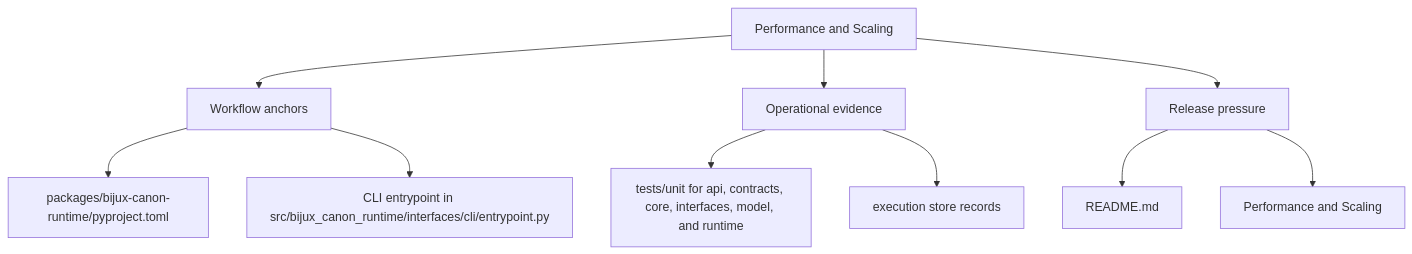
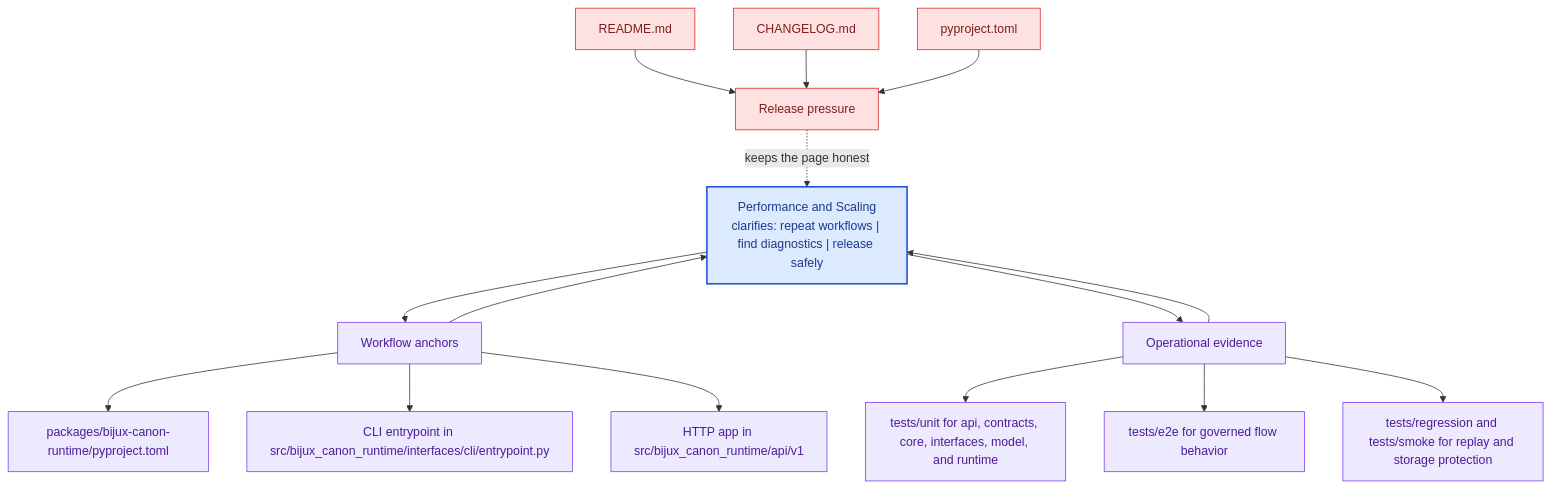
Before and after one commit to bijux/bijux-canon: the second of 2 diagrams in docs/bijux-canon-runtime/operations/performance-and-scaling.md, drawn with Mermaid. The commit also changed other lines of this file and 281 other files, not shown here.

Commit message:
docs(diagrams): deepen handbook mermaid maps across the catalog

````diff
--- a/docs/bijux-canon-runtime/operations/performance-and-scaling.md
+++ b/docs/bijux-canon-runtime/operations/performance-and-scaling.md
@@ -34,22 +67,41 @@
 ```mermaid
-flowchart TD
-    page["Performance and Scaling"]
+flowchart TB
+    promise["Performance and Scaling<br/>clarifies: repeat workflows | find diagnostics | release safely"]
+    classDef promise fill:#dbeafe,stroke:#1d4ed8,color:#1e3a8a,stroke-width:2px;
+    classDef driver fill:#dcfce7,stroke:#16a34a,color:#14532d;
+    classDef constraint fill:#fee2e2,stroke:#dc2626,color:#7f1d1d;
+    classDef ground fill:#ede9fe,stroke:#7c3aed,color:#4c1d95;
     focus1["Workflow anchors"]
-    page --> focus1
+    focus1 --> promise
+    promise --> focus1
     focus1_1["packages/bijux-canon-runtime/pyproject.toml"]
     focus1 --> focus1_1
     focus1_2["CLI entrypoint in src/bijux_canon_runtime/interfaces/cli/entrypoint.py"]
     focus1 --> focus1_2
+    focus1_3["HTTP app in src/bijux_canon_runtime/api/v1"]
+    focus1 --> focus1_3
+    class focus1 ground;
+    class focus1_1,focus1_2,focus1_3 ground;
     focus2["Operational evidence"]
-    page --> focus2
+    focus2 --> promise
+    promise --> focus2
     focus2_1["tests/unit for api, contracts, core, interfaces, model, and runtime"]
     focus2 --> focus2_1
-    focus2_2["execution store records"]
+    focus2_2["tests/e2e for governed flow behavior"]
     focus2 --> focus2_2
+    focus2_3["tests/regression and tests/smoke for replay and storage protection"]
+    focus2 --> focus2_3
+    class focus2 ground;
+    class focus2_1,focus2_2,focus2_3 ground;
     focus3["Release pressure"]
-    page --> focus3
+    focus3 -.keeps the page honest.-> promise
     focus3_1["README.md"]
-    focus3 --> focus3_1
-    focus3_2["Performance and Scaling"]
-    focus3 --> focus3_2
+    focus3_1 --> focus3
+    focus3_2["CHANGELOG.md"]
+    focus3_2 --> focus3
+    focus3_3["pyproject.toml"]
+    focus3_3 --> focus3
+    class focus3 constraint;
+    class focus3_1,focus3_2,focus3_3 constraint;
+    class promise promise;
 ```
````
